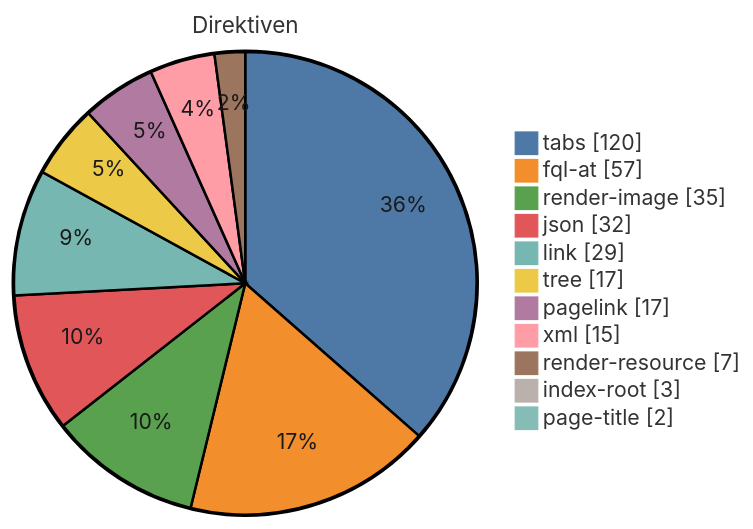
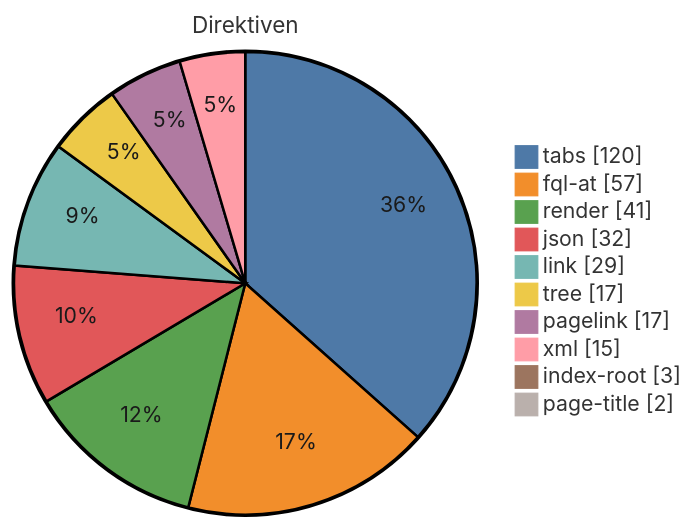
Before and after one commit to forschungsgruppe-digital-health/mii-kds-sample-ig-inoffiziell: the second of 2 diagrams in analysis/taskforce-kds/mii-ig-person-report.md, drawn with Mermaid. The commit also changed other lines of this file and 11 other files, not shown here.

````diff
--- a/analysis/taskforce-kds/mii-ig-person-report.md
+++ b/analysis/taskforce-kds/mii-ig-person-report.md
@@ -87,15 +87,14 @@
 ```mermaid
-%%{init: {'theme':'base','themeVariables':{"pie1": "#4E79A7", "pie2": "#F28E2B", "pie3": "#59A14F", "pie4": "#E15759", "pie5": "#76B7B2", "pie6": "#EDC948", "pie7": "#B07AA1", "pie8": "#FF9DA7", "pie9": "#9C755F", "pie10": "#BAB0AC", "pie11": "#86BCB6", "pieOpacity": "1", "pieSectionTextColor": "#1A1A1A", "pieTitleTextSize": "18px"}}}%%
+%%{init: {'theme':'base','themeVariables':{"pie1": "#4E79A7", "pie2": "#F28E2B", "pie3": "#59A14F", "pie4": "#E15759", "pie5": "#76B7B2", "pie6": "#EDC948", "pie7": "#B07AA1", "pie8": "#FF9DA7", "pie9": "#9C755F", "pie10": "#BAB0AC", "pieOpacity": "1", "pieSectionTextColor": "#1A1A1A", "pieTitleTextSize": "18px"}}}%%
 pie showData title Direktiven
     "tabs" : 120
     "fql-at" : 57
-    "render-image" : 35
+    "render" : 41
     "json" : 32
     "link" : 29
     "tree" : 17
     "pagelink" : 17
     "xml" : 15
-    "render-resource" : 7
     "index-root" : 3
     "page-title" : 2
 ```
````
